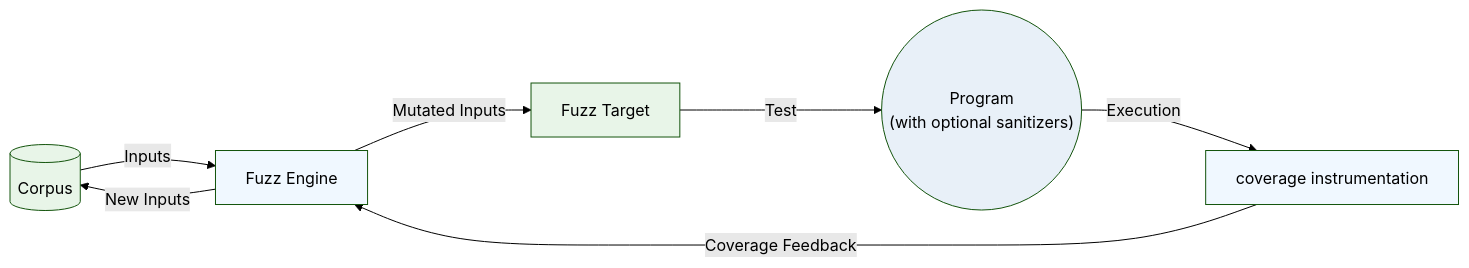
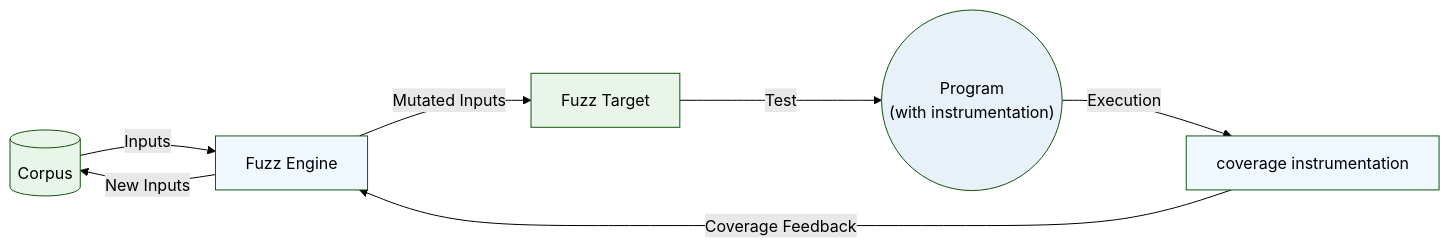
The first of 3 diagrams in slides.md (erickcestari/differential-fuzzing-slides-btcplusplus), drawn with Mermaid (forest theme) before and after one commit. The commit also changed other lines of this file and 2 other files, not shown here.

Commit message:
feat: remove sanitizerCoverage and use coverage instrumentation to be more generic to any fuzzer

````diff
--- a/slides.md
+++ b/slides.md
@@ -185,17 +185,17 @@
 ```mermaid
 graph LR
     A[(Corpus)] --> |Inputs| B[Fuzz Engine]
     B --> |Mutated Inputs| C[Fuzz Target]
     C --> |Test| D(("Program 
-    (with optional sanitizers)"))
+    (with instrumentation)"))
     D --> |Execution| E[coverage instrumentation]
     
     B --> |New Inputs| A
     E --> |Coverage Feedback| B
 
     style A fill:#e8f5e8
     style B fill:#f0f8ff
     style C fill:#e8f5e8
     style D fill:#e8f0f8
     style E fill:#f0f8ff
 ```
````
